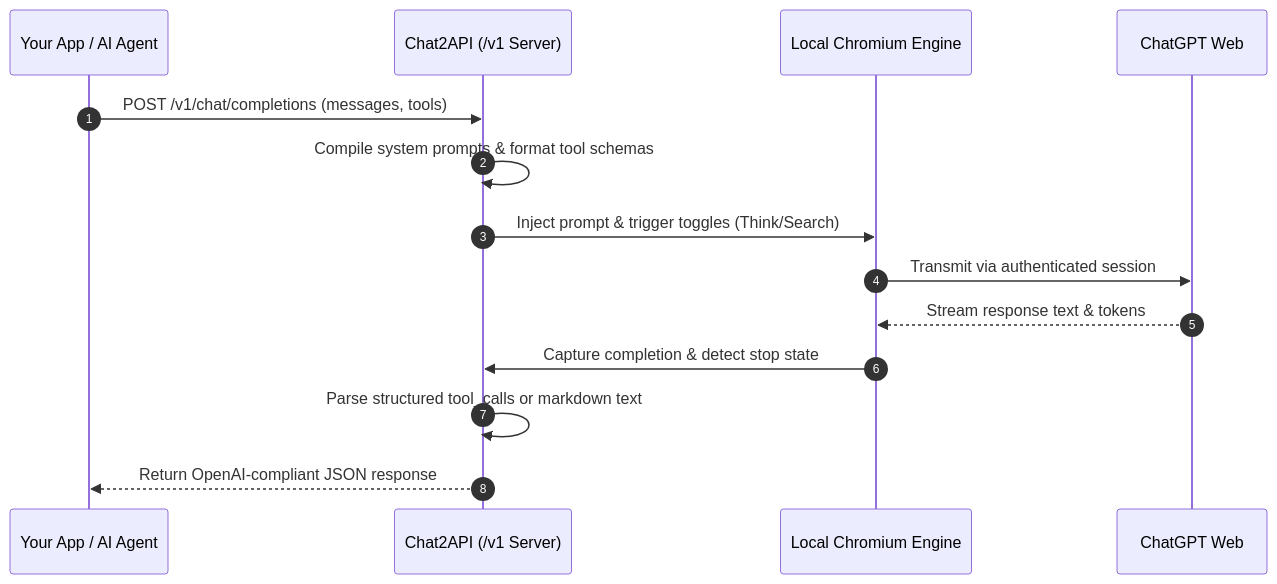
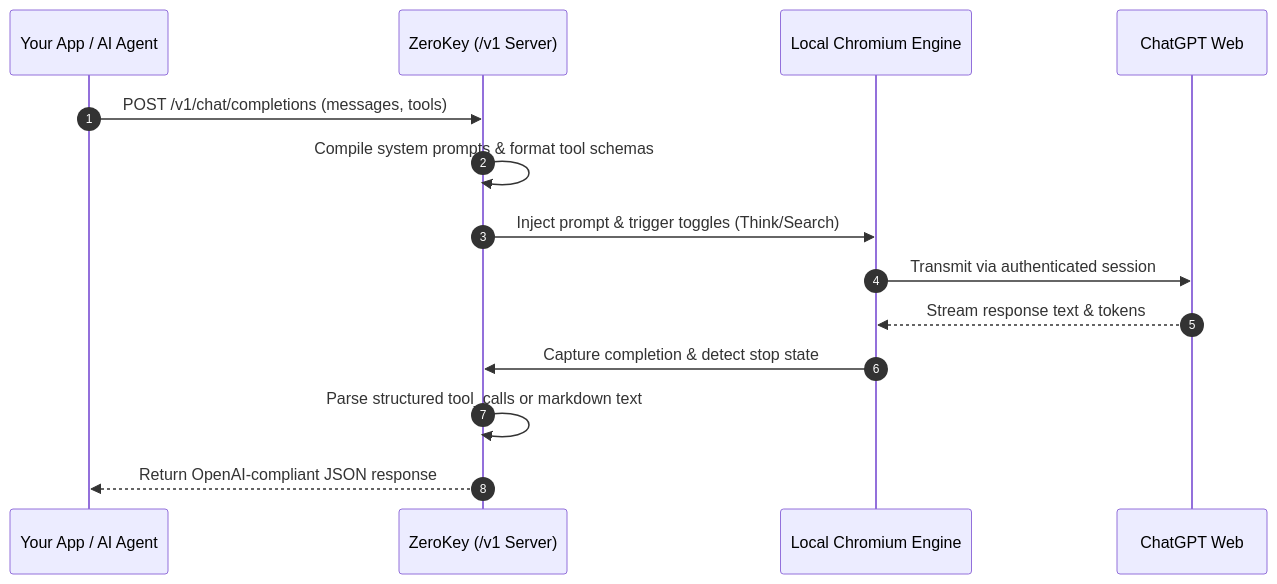
The diagram in README.md (Cyberpradeep/Chat2API), drawn with Mermaid before and after one commit. The commit also changed other lines of this file, not shown here.

````diff
--- a/README.md
+++ b/README.md
@@ -59,17 +59,17 @@
 ```mermaid
 sequenceDiagram
     autonumber
     participant App as Your App / AI Agent
-    participant Bridge as Chat2API (/v1 Server)
+    participant Bridge as ZeroKey (/v1 Server)
     participant Browser as Local Chromium Engine
     participant Web as ChatGPT Web
 
     App->>Bridge: POST /v1/chat/completions (messages, tools)
     Bridge->>Bridge: Compile system prompts & format tool schemas
     Bridge->>Browser: Inject prompt & trigger toggles (Think/Search)
     Browser->>Web: Transmit via authenticated session
     Web-->>Browser: Stream response text & tokens
     Browser->>Bridge: Capture completion & detect stop state
     Bridge->>Bridge: Parse structured tool_calls or markdown text
     Bridge-->>App: Return OpenAI-compliant JSON response
 ```
````
